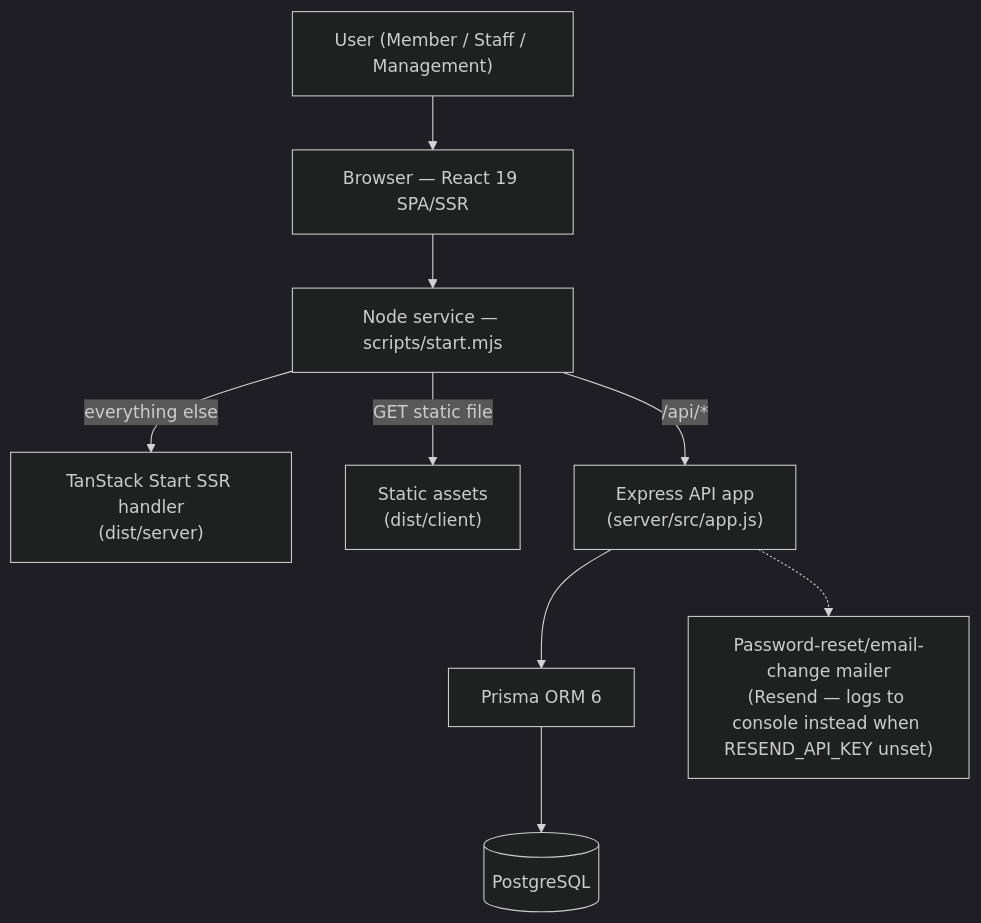
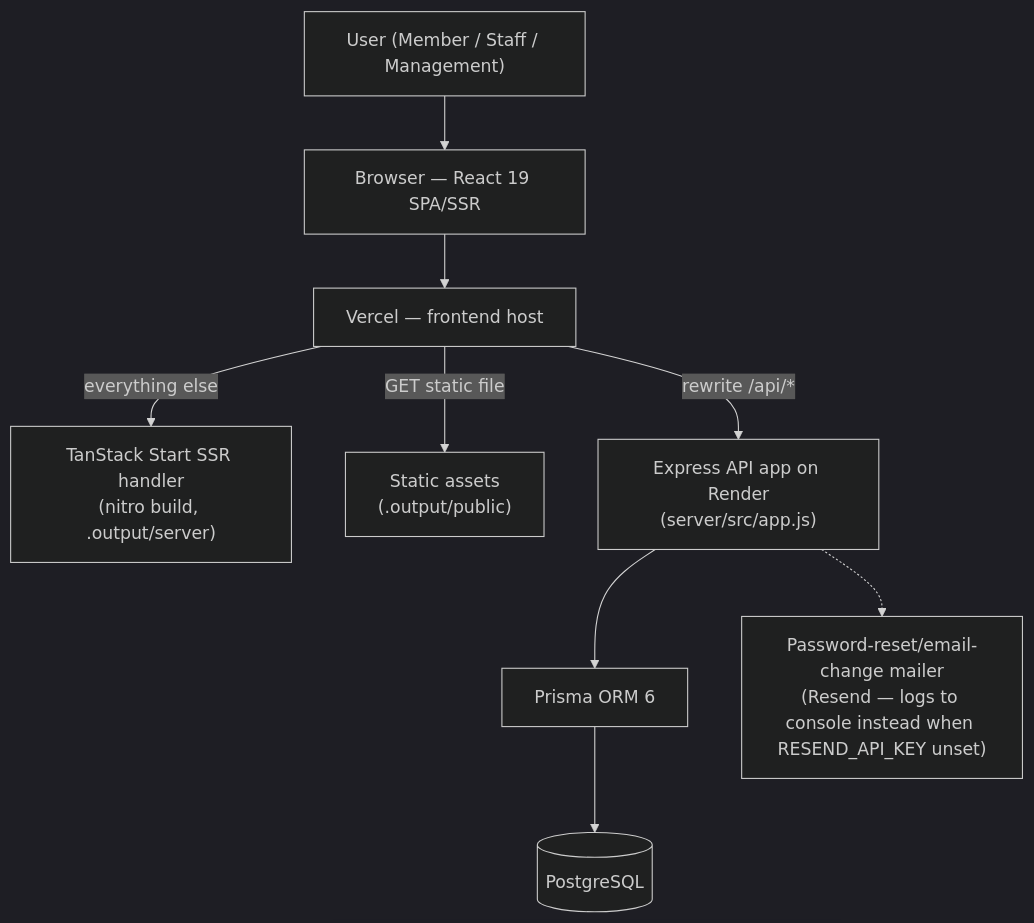
One commit to dooddles07/StayFlow changed the first of 15 diagrams in docs/ARCHITECTURE.md. Above: the diagram before and after it, drawn with Mermaid (dark theme). The commit also changed other lines of this file and 14 other files, not shown here.

Commit message:
chore: remove dead local-run server, dev scratch files, and stale build artifacts

````diff
--- a/docs/ARCHITECTURE.md
+++ b/docs/ARCHITECTURE.md
@@ -7,19 +7,19 @@
 ```mermaid
 graph TD
   User["User (Member / Staff / Management)"]
   Browser["Browser — React 19 SPA/SSR"]
-  Node["Node service — scripts/start.mjs"]
-  SSR["TanStack Start SSR handler<br/>(dist/server)"]
-  Static["Static assets<br/>(dist/client)"]
-  API["Express API app<br/>(server/src/app.js)"]
+  Vercel["Vercel — frontend host"]
+  SSR["TanStack Start SSR handler<br/>(nitro build, .output/server)"]
+  Static["Static assets<br/>(.output/public)"]
+  API["Express API app on Render<br/>(server/src/app.js)"]
   Prisma["Prisma ORM 6"]
   DB[("PostgreSQL")]
   Mail["Password-reset/email-change mailer<br/>(Resend — logs to console instead when RESEND_API_KEY unset)"]
 
-  User --> Browser --> Node
-  Node -->|"/api/*"| API
-  Node -->|"GET static file"| Static
-  Node -->|"everything else"| SSR
+  User --> Browser --> Vercel
+  Vercel -->|"rewrite /api/*"| API
+  Vercel -->|"GET static file"| Static
+  Vercel -->|"everything else"| SSR
   API --> Prisma --> DB
   API -.-> Mail
 ```
````
